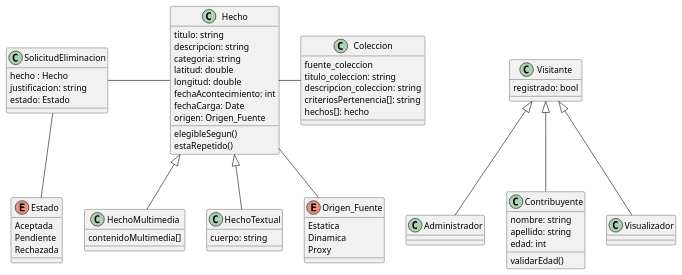
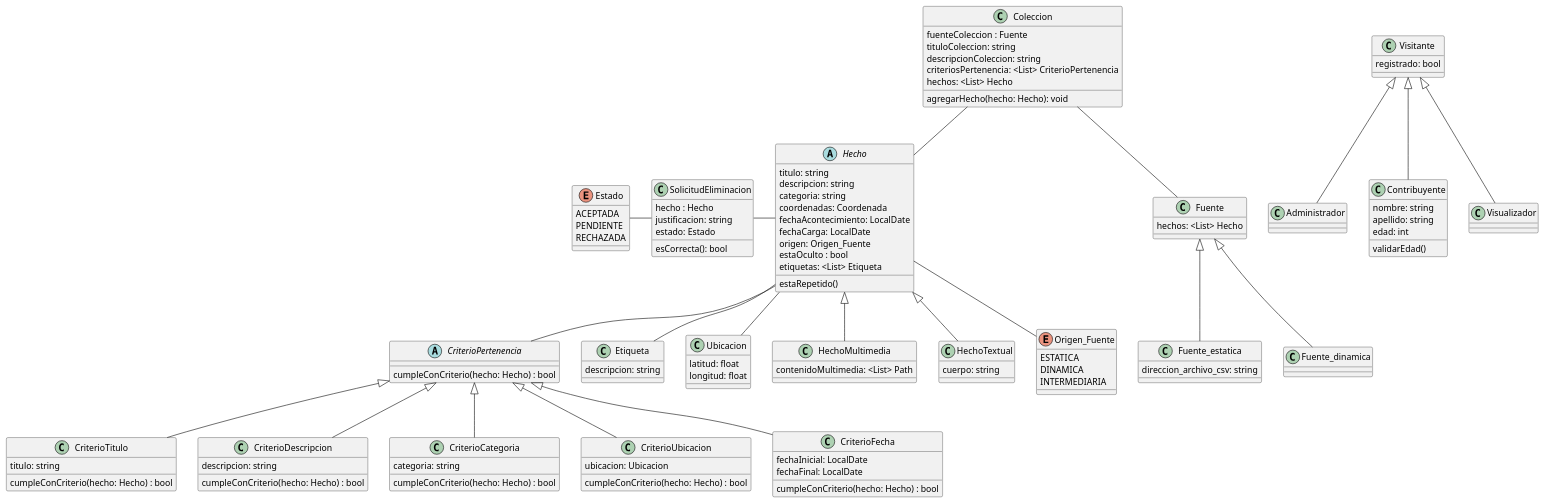
One commit to David-Schmidt02/Entrega1-TP-DSI changed the diagram in diagrama.plantuml. Above: the diagram before and after it, drawn with PlantUML. The commit also changed other lines of this file, not shown here.

```diff
--- a/diagrama.plantuml
+++ b/diagrama.plantuml
@@ -1,80 +1,137 @@
 @startuml trabajoPractico
 
 'Clase padre de contribuyente y visualizador
 
 class Visitante {
     registrado: bool
 }
 
 class Administrador extends Visitante {
-    
+
 }
 
 class Contribuyente extends Visitante {
     nombre: string
     apellido: string
     edad: int
     validarEdad()
 }
 
 class Visualizador extends Visitante {
-
+    
 }
 
 class Coleccion {
-    fuente_coleccion
-    titulo_coleccion: string
-    descripcion_coleccion: string
-    criteriosPertenencia[]: string
-    hechos[]: hecho
+    fuenteColeccion : Fuente
+    tituloColeccion: string
+    descripcionColeccion: string
+    criteriosPertenencia: <List> CriterioPertenencia
+    hechos: <List> Hecho
+    agregarHecho(hecho: Hecho): void
 }
+
+class Fuente {
+    hechos: <List> Hecho   
+}
+
+class Fuente_estatica extends Fuente {
+    direccion_archivo_csv: string
+}
+
+class Fuente_dinamica extends Fuente {}
+
 ' DUDA => Criterios: lista de valores/atributos/lo que sea/ o clase
 ' Se diagraman las fuentes en el DC? o podemos dejarlo como un atributo
 ' "Obtención de hechos en lote por archivos CSV, implicancias en el diagrama de clase
 ' 
+' https://www.youtube.com/watch?v=IpDr3I1X7Os
+abstract class CriterioPertenencia {
+    cumpleConCriterio(hecho: Hecho) : bool
+}
 
-class Hecho {
+class CriterioTitulo extends CriterioPertenencia {
+    titulo: string
+    cumpleConCriterio(hecho: Hecho) : bool
+}
+
+class CriterioDescripcion extends CriterioPertenencia {
+    descripcion: string
+    cumpleConCriterio(hecho: Hecho) : bool
+}
+
+class CriterioCategoria extends CriterioPertenencia {
+    categoria: string
+    cumpleConCriterio(hecho: Hecho) : bool
+}
+
+class CriterioUbicacion extends CriterioPertenencia {
+    ubicacion: Ubicacion
+    cumpleConCriterio(hecho: Hecho) : bool
+}
+
+class CriterioFecha extends CriterioPertenencia {
+    fechaInicial: LocalDate
+    fechaFinal: LocalDate
+    cumpleConCriterio(hecho: Hecho) : bool
+}
+
+abstract class Hecho {
     titulo: string
     descripcion: string
     categoria: string 
-    latitud: double
-    longitud: double
-    fechaAcontecimiento: int
-    fechaCarga: Date
+    coordenadas: Coordenada
+    fechaAcontecimiento: LocalDate
+    fechaCarga: LocalDate
     origen: Origen_Fuente
+    estaOculto : bool
+    etiquetas: <List> Etiqueta
 
-    elegibleSegun()
     estaRepetido()
 }
 
+class Etiqueta {
+    descripcion: string
+}
+
+class Ubicacion {
+    latitud: float
+    longitud: float
+}
+
 class HechoMultimedia extends Hecho {
-    contenidoMultimedia[] 
+    contenidoMultimedia: <List> Path
 }
 
 class HechoTextual extends Hecho {
     cuerpo: string
 }
 
 class SolicitudEliminacion {
     hecho : Hecho
     justificacion: string
     estado: Estado
 
+    esCorrecta(): bool
 }
 
 enum Estado {
-    Aceptada
-    Pendiente
-    Rechazada
-}
-enum Origen_Fuente {
-    Estatica 
-    Dinamica
-    Proxy
+    ACEPTADA
+    PENDIENTE
+    RECHAZADA
 }
 
+enum Origen_Fuente {
+    ESTATICA 
+    DINAMICA
+    INTERMEDIARIA
+}
+
+Hecho -- Etiqueta
 Hecho -- Origen_Fuente
 Hecho --left SolicitudEliminacion
-Hecho --right Coleccion
-SolicitudEliminacion -- Estado
+Hecho --up Coleccion
+Hecho -- Ubicacion
+Hecho -- CriterioPertenencia
+Coleccion -- Fuente
+SolicitudEliminacion --left Estado
 @enduml
```
